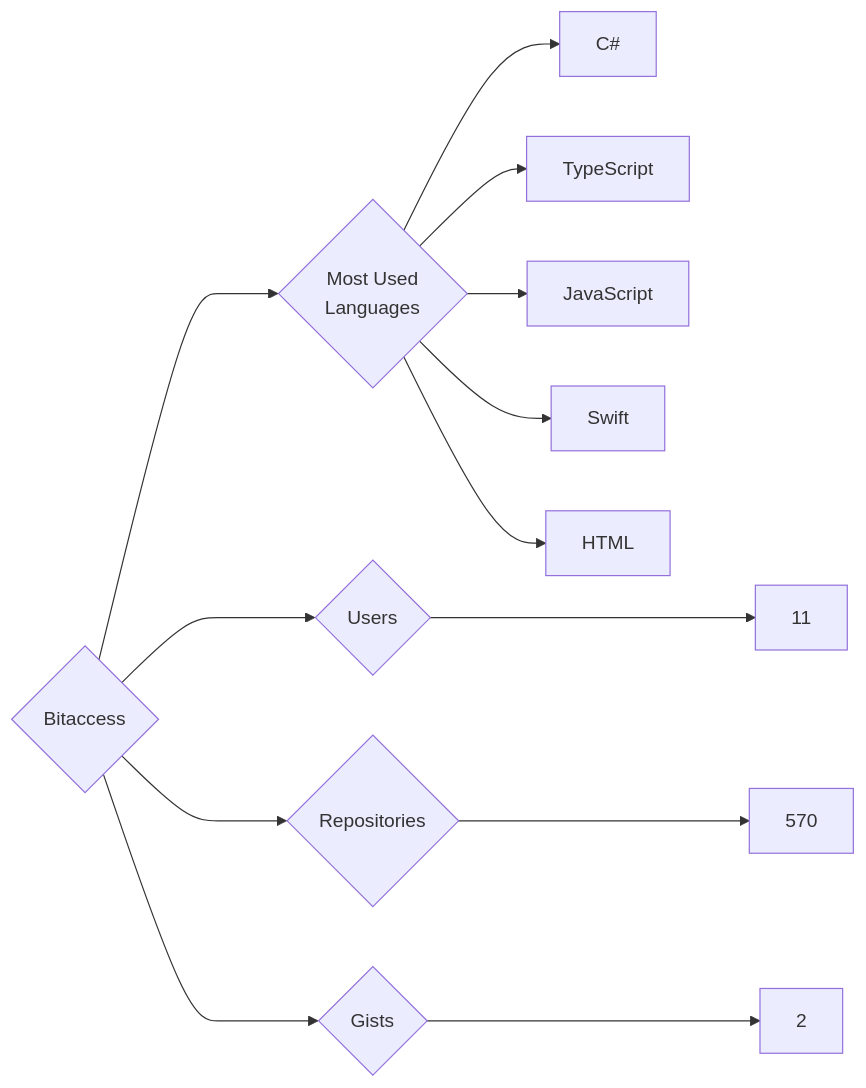
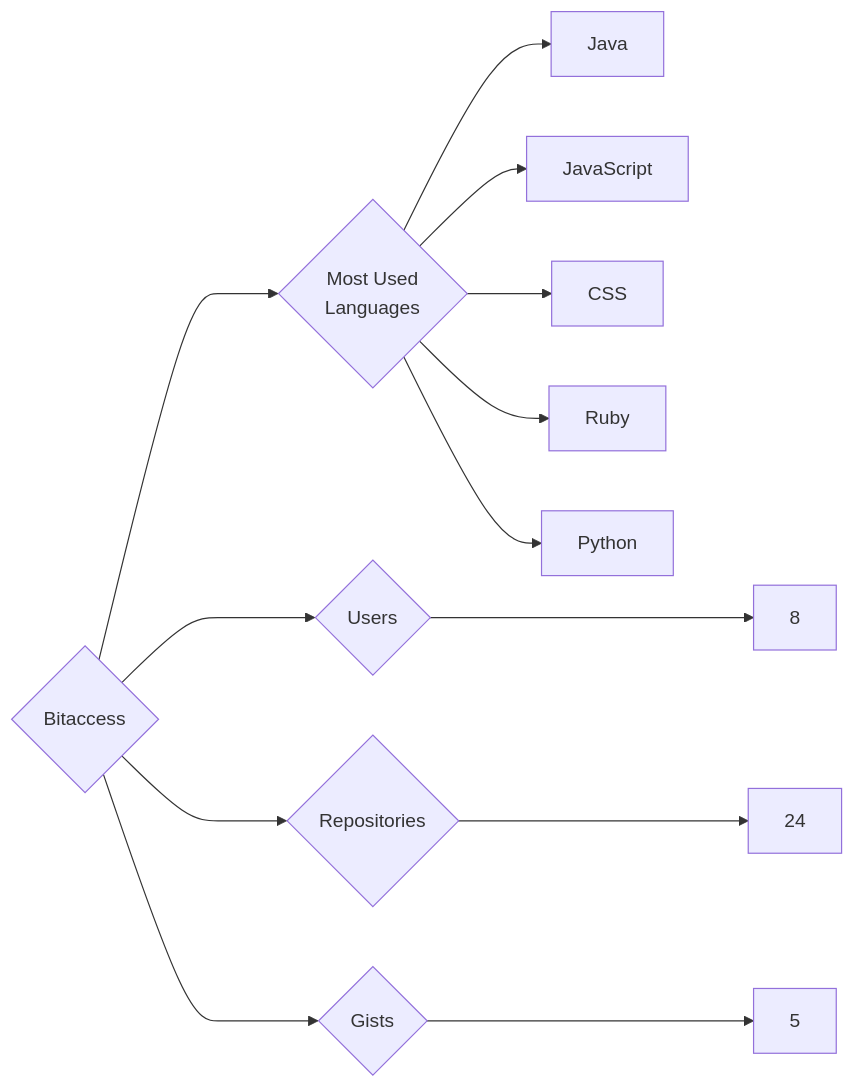
The diagram in targets/Bitaccess/README.md (trickest/insiders), drawn with Mermaid before and after one commit. The commit also changed 1170 other files, not shown here.

````diff
--- a/targets/Bitaccess/README.md
+++ b/targets/Bitaccess/README.md
@@ -3,13 +3,13 @@
 ```mermaid
 graph LR
 COMPANY_NAME{Bitaccess}
-COMPANY_NAME ---> U{Users} ---> UN[11]
-COMPANY_NAME ---> R{Repositories} ---> RN[570]
-COMPANY_NAME ---> G{Gists} ---> GN[2]
+COMPANY_NAME ---> U{Users} ---> UN[8]
+COMPANY_NAME ---> R{Repositories} ---> RN[24]
+COMPANY_NAME ---> G{Gists} ---> GN[5]
 COMPANY_NAME ---> ML{Most Used<br>Languages}
-ML --> C#[C#]
-ML --> TypeScript[TypeScript]
+ML --> Java[Java]
 ML --> JavaScript[JavaScript]
-ML --> Swift[Swift]
-ML --> HTML[HTML]
+ML --> CSS[CSS]
+ML --> Ruby[Ruby]
+ML --> Python[Python]
 ```
````
